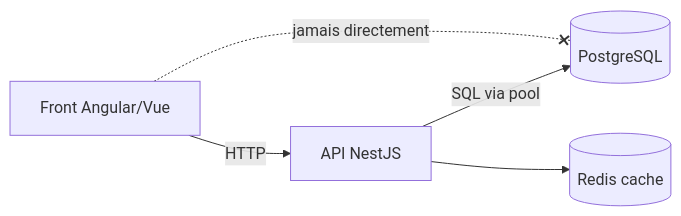
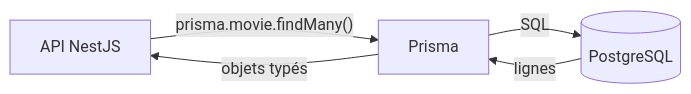
The diagram in 06-Bases-de-Donnees/BDD-01-Fondamentaux-SGBD.md (galsen-76/Informatique-), drawn with Mermaid before and after one commit. The commit also changed other lines of this file and 16 other files, not shown here.

````diff
--- a/06-Bases-de-Donnees/BDD-01-Fondamentaux-SGBD.md
+++ b/06-Bases-de-Donnees/BDD-01-Fondamentaux-SGBD.md
@@ -56,7 +71,6 @@
 ```mermaid
 flowchart LR
-  F["Front Angular/Vue"] -->|HTTP| API["API NestJS"]
-  API -->|"SQL via pool"| PG[(PostgreSQL)]
-  API --> R[(Redis cache)]
-  F -. "jamais directement" .-x PG
+  A["API NestJS"] -->|"prisma.movie.findMany()"| P["Prisma"]
+  P -->|"SQL"| DB[("PostgreSQL")]
+  DB -->|"lignes"| P -->|"objets typés"| A
 ```
````
